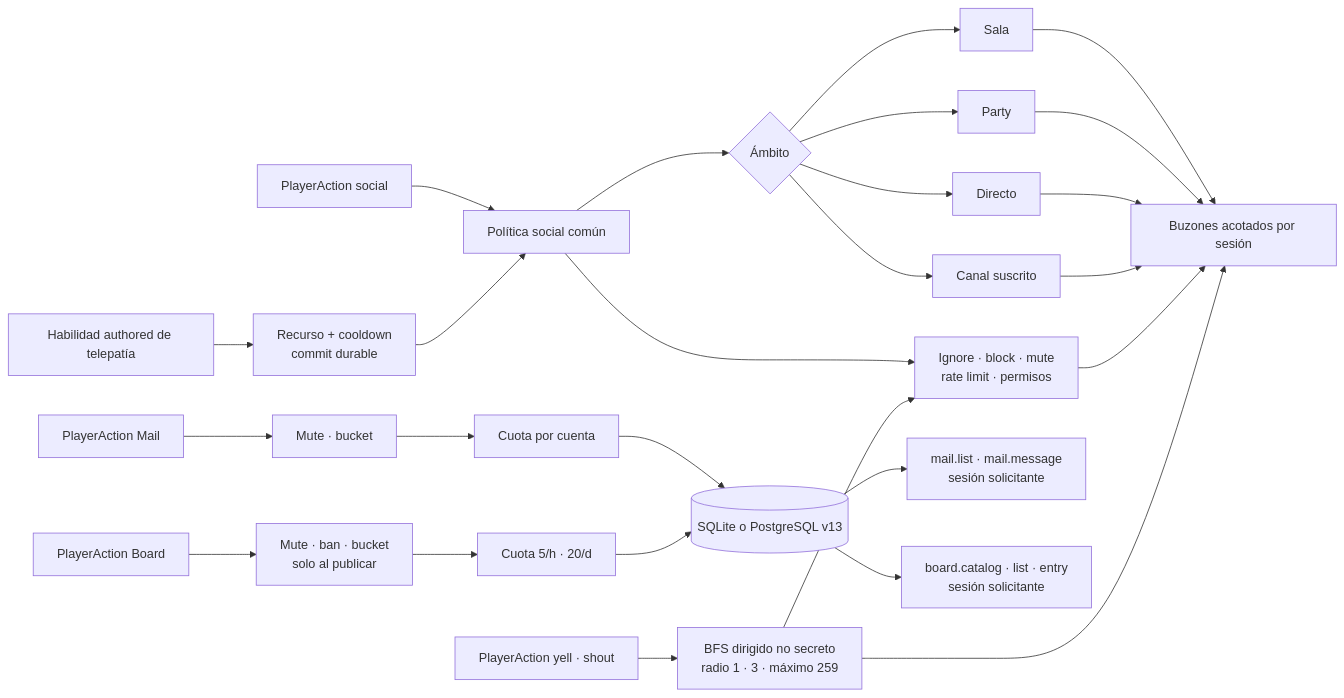
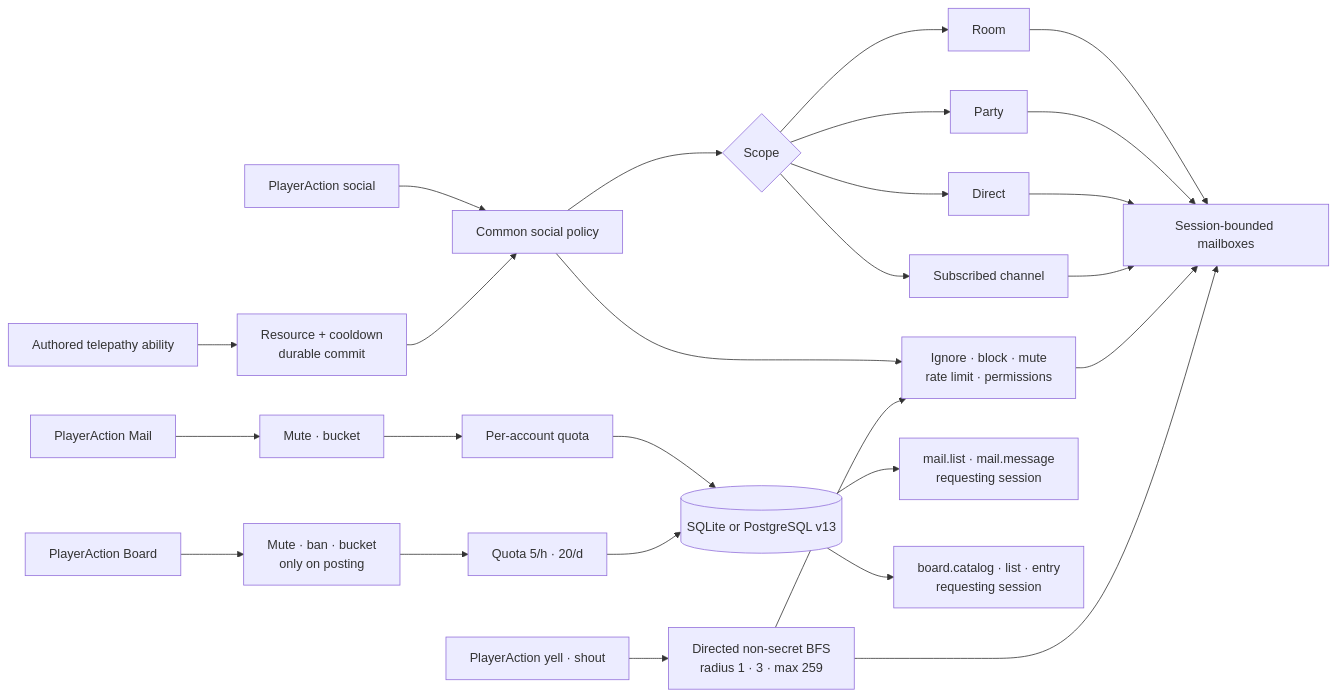
Before and after one commit to hyukudan/tiamud: the first of 3 diagrams in docs/design/social-staff-and-loot-roadmap.md, drawn with Mermaid. The commit also changed other lines of this file and 11 other files, not shown here.

````diff
--- a/docs/design/social-staff-and-loot-roadmap.md
+++ b/docs/design/social-staff-and-loot-roadmap.md
@@ -331,31 +323,31 @@
 ```mermaid
 flowchart LR
-    accTitle: Enrutamiento actual de las comunicaciones de Tiamud
-    accDescr: Chat, emotes y telepatía entregan copias efímeras mediante una política común. Correo y tablones superan guardas comunes, pero usan cuota, retención y consulta separadas: privada para correo y pública bajo demanda para tablones.
+    accTitle: Current routing of Tiamud communications
+    accDescr: Chat, emotes, and telepathy deliver ephemeral copies through a common policy. Mail and boards clear common guards, but use separate quota, retention, and query: private for mail and public on demand for boards.
 
-    Text[PlayerAction social] --> Policy[Política social común]
-    Ability[Habilidad authored de telepatía] --> Effect[Recurso + cooldown<br/>commit durable]
+    Text[PlayerAction social] --> Policy[Common social policy]
+    Ability[Authored telepathy ability] --> Effect[Resource + cooldown<br/>durable commit]
     Effect --> Policy
-    Policy --> Audience{Ámbito}
-    Audience --> Room[Sala]
+    Policy --> Audience{Scope}
+    Audience --> Room[Room]
     Audience --> Party[Party]
-    Audience --> Direct[Directo]
-    Audience --> Channel[Canal suscrito]
-    Policy --> Safety[Ignore · block · mute<br/>rate limit · permisos]
-    Room --> Delivery[Buzones acotados por sesión]
+    Audience --> Direct[Direct]
+    Audience --> Channel[Subscribed channel]
+    Policy --> Safety[Ignore · block · mute<br/>rate limit · permissions]
+    Room --> Delivery[Session-bounded mailboxes]
     Party --> Delivery
     Direct --> Delivery
     Channel --> Delivery
     Safety --> Delivery
     Mail[PlayerAction Mail] --> Guard[Mute · bucket]
-    Guard --> Quota[Cuota por cuenta]
-    Quota --> Store[(SQLite o PostgreSQL v13)]
-    Store --> Private[mail.list · mail.message<br/>sesión solicitante]
-    Board[PlayerAction Board] --> BoardGuard[Mute · ban · bucket<br/>solo al publicar]
-    BoardGuard --> BoardQuota[Cuota 5/h · 20/d]
+    Guard --> Quota[Per-account quota]
+    Quota --> Store[(SQLite or PostgreSQL v13)]
+    Store --> Private[mail.list · mail.message<br/>requesting session]
+    Board[PlayerAction Board] --> BoardGuard[Mute · ban · bucket<br/>only on posting]
+    BoardGuard --> BoardQuota[Quota 5/h · 20/d]
     BoardQuota --> Store
-    Store --> Public[board.catalog · list · entry<br/>sesión solicitante]
-    Voice[PlayerAction yell · shout] --> BFS[BFS dirigido no secreto<br/>radio 1 · 3 · máximo 259]
+    Store --> Public[board.catalog · list · entry<br/>requesting session]
+    Voice[PlayerAction yell · shout] --> BFS[Directed non-secret BFS<br/>radius 1 · 3 · max 259]
     BFS --> Safety
     BFS --> Delivery
 ```
````
